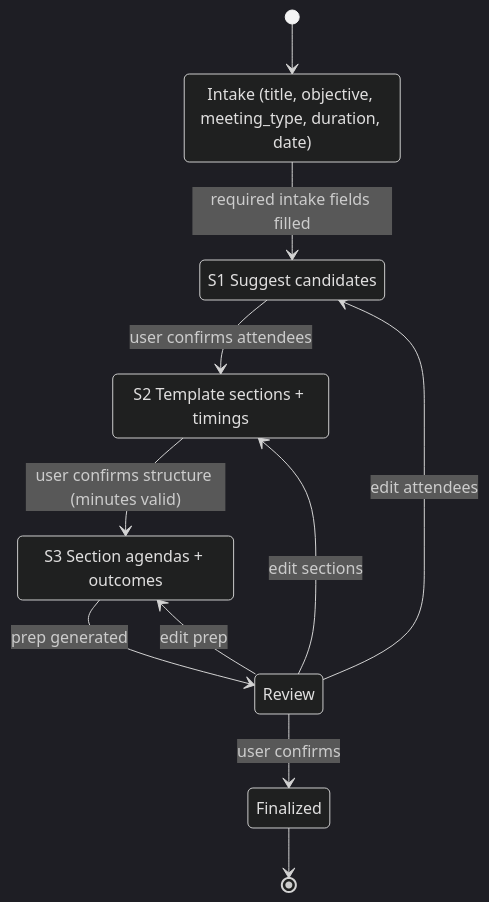
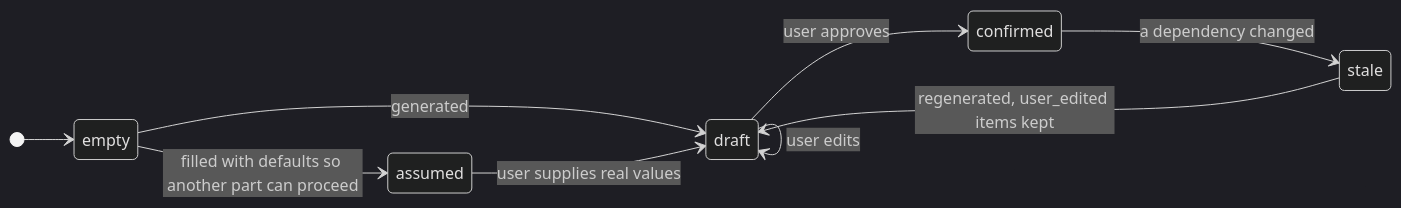
One commit to sivatarun/interview2 changed the second of 8 diagrams in implementation.md. Above: the diagram before and after it, drawn with Mermaid (dark theme). The commit also changed other lines of this file and 3 other files, not shown here.

````diff
--- a/implementation.md
+++ b/implementation.md
@@ -107,17 +111,12 @@
 ```mermaid
 stateDiagram-v2
-    [*] --> Intake
-    Intake: Intake (title, objective, meeting_type, duration, date)
-    Intake --> S1_Candidates: required intake fields filled
-    S1_Candidates: S1 Suggest candidates
-    S1_Candidates --> S2_Template: user confirms attendees
-    S2_Template: S2 Template sections + timings
-    S2_Template --> S3_Prep: user confirms structure (minutes valid)
-    S3_Prep: S3 Section agendas + outcomes
-    S3_Prep --> Review: prep generated
-    Review --> Finalized: user confirms
-    Review --> S1_Candidates: edit attendees
-    Review --> S2_Template: edit sections
-    Review --> S3_Prep: edit prep
-    Finalized --> [*]
+    direction LR
+    [*] --> empty
+    empty --> assumed: filled with defaults so another part can proceed
+    empty --> draft: generated
+    assumed --> draft: user supplies real values
+    draft --> confirmed: user approves
+    draft --> draft: user edits
+    confirmed --> stale: a dependency changed
+    stale --> draft: regenerated, user_edited items kept
 ```
````
